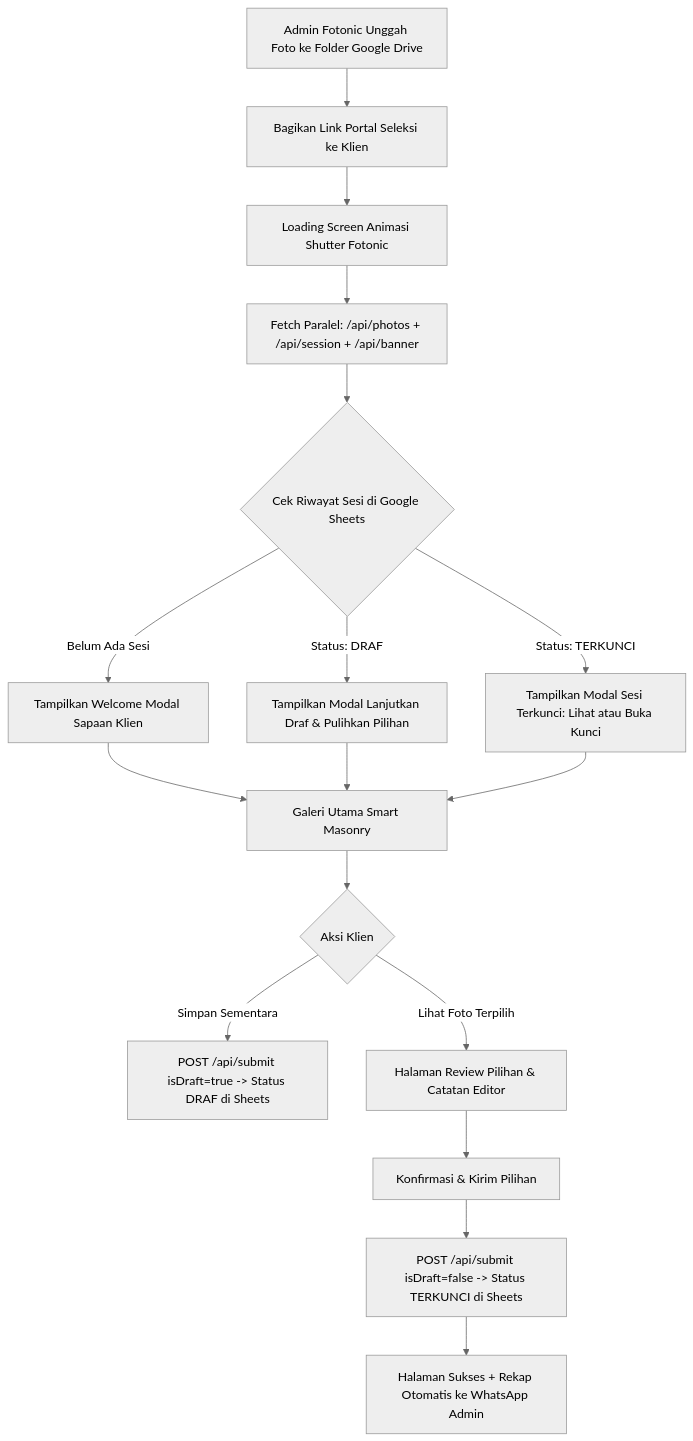
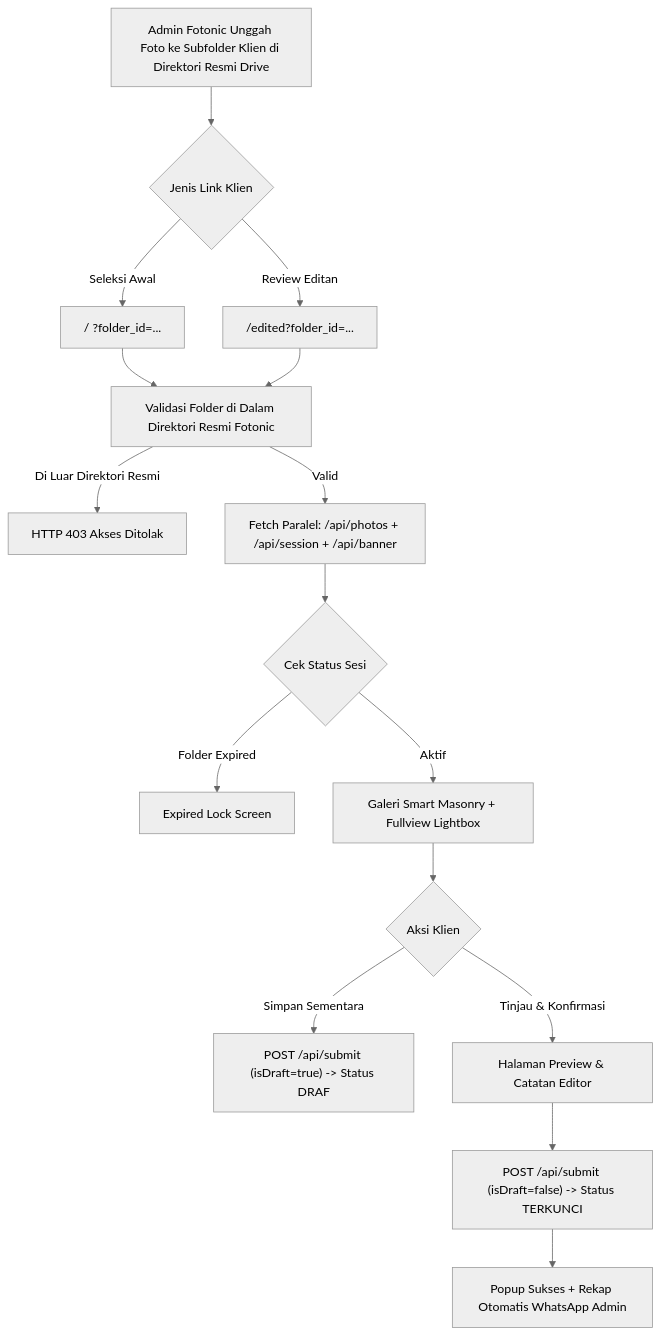
Before and after one commit to efremalvin/FotonicProject-portal-seleksi-foto: the diagram in README.md, drawn with Mermaid (neutral theme). The commit also changed other lines of this file and 41 other files, not shown here.

````diff
--- a/README.md
+++ b/README.md
@@ -27,19 +31,18 @@
 ```mermaid
 flowchart TD
-    A[Admin Fotonic Unggah Foto ke Folder Google Drive] --> B[Bagikan Link Portal Seleksi ke Klien]
-    B --> C[Loading Screen Animasi Shutter Fotonic]
-    C --> D[Fetch Paralel: /api/photos + /api/session + /api/banner]
-    D --> E{Cek Riwayat Sesi di Google Sheets}
-    E -->|Belum Ada Sesi| F[Tampilkan Welcome Modal Sapaan Klien]
-    E -->|Status: DRAF| G[Tampilkan Modal Lanjutkan Draf & Pulihkan Pilihan]
-    E -->|Status: TERKUNCI| H[Tampilkan Modal Sesi Terkunci: Lihat atau Buka Kunci]
-    F --> I[Galeri Utama Smart Masonry]
-    G --> I
-    H --> I
+    A[Admin Fotonic Unggah Foto ke Subfolder Klien di Direktori Resmi Drive] --> B{Jenis Link Klien}
+    B -->|Seleksi Awal| C["/ ?folder_id=..."]
+    B -->|Review Editan| D["/edited?folder_id=..."]
+    C --> E[Validasi Folder di Dalam Direktori Resmi Fotonic]
+    D --> E
+    E -->|Di Luar Direktori Resmi| X[HTTP 403 Akses Ditolak]
+    E -->|Valid| F[Fetch Paralel: /api/photos + /api/session + /api/banner]
+    F --> G{Cek Status Sesi}
+    G -->|Folder Expired| H[Expired Lock Screen]
+    G -->|Aktif| I[Galeri Smart Masonry + Fullview Lightbox]
     I --> J{Aksi Klien}
-    J -->|Simpan Sementara| K[POST /api/submit isDraft=true -> Status DRAF di Sheets]
-    J -->|Lihat Foto Terpilih| L[Halaman Review Pilihan & Catatan Editor]
-    L --> M[Konfirmasi & Kirim Pilihan]
-    M --> N[POST /api/submit isDraft=false -> Status TERKUNCI di Sheets]
-    N --> O[Halaman Sukses + Rekap Otomatis ke WhatsApp Admin]
+    J -->|Simpan Sementara| K["POST /api/submit (isDraft=true) -> Status DRAF"]
+    J -->|Tinjau & Konfirmasi| L[Halaman Preview & Catatan Editor]
+    L --> M["POST /api/submit (isDraft=false) -> Status TERKUNCI"]
+    M --> N[Popup Sukses + Rekap Otomatis WhatsApp Admin]
 ```
````
